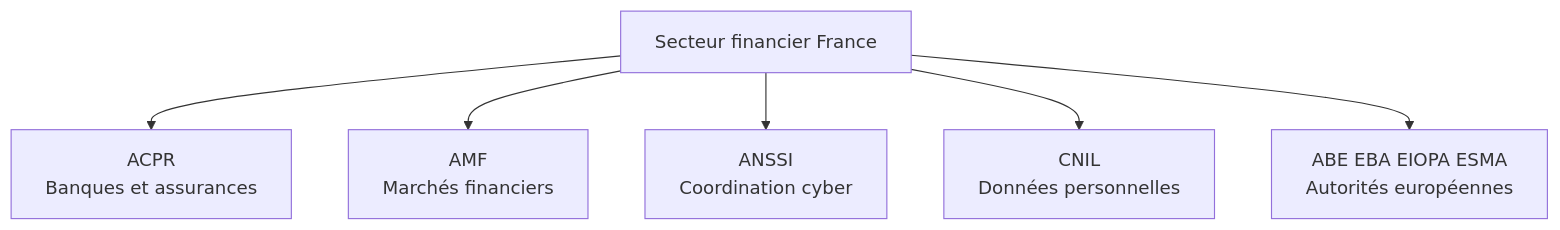
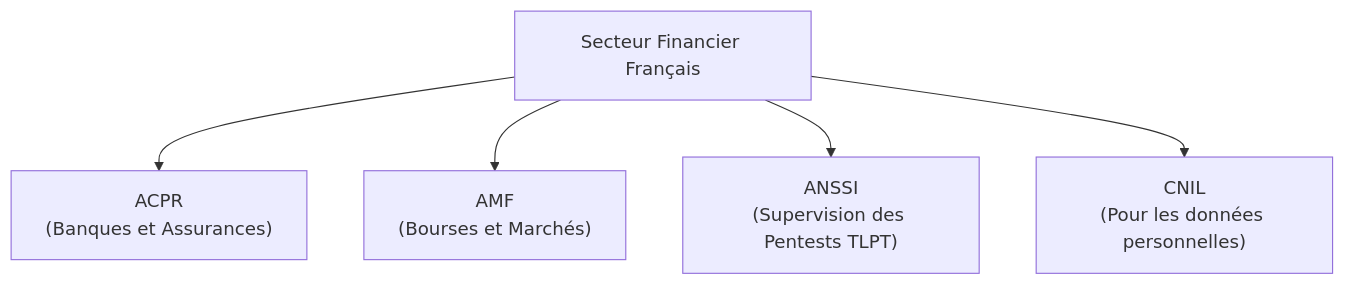
One commit to zyrass/omnydocs changed the seventh of 7 diagrams in docs/cursus-forensic/01-cycle-0-fondations/module-1-legislation/09-dora-pour-secteur-financier.md. Above: the diagram before and after it, drawn with Mermaid. The commit also changed other lines of this file and 171 other files, not shown here.

````diff
--- a/docs/cursus-forensic/01-cycle-0-fondations/module-1-legislation/09-dora-pour-secteur-financier.md
+++ b/docs/cursus-forensic/01-cycle-0-fondations/module-1-legislation/09-dora-pour-secteur-financier.md
@@ -234,8 +242,7 @@
 ```mermaid
 flowchart TB
-    A[Secteur financier France] --> B[ACPR<br>Banques et assurances]
-    A --> C[AMF<br>Marchés financiers]
-    A --> D[ANSSI<br>Coordination cyber]
-    A --> E[CNIL<br>Données personnelles]
-    A --> F[ABE EBA EIOPA ESMA<br>Autorités européennes]
+    A["Secteur Financier Français"] --> B["ACPR<br>(Banques et Assurances)"]
+    A --> C["AMF<br>(Bourses et Marchés)"]
+    A --> D["ANSSI<br>(Supervision des Pentests TLPT)"]
+    A --> E["CNIL<br>(Pour les données personnelles)"]
 ```
````
